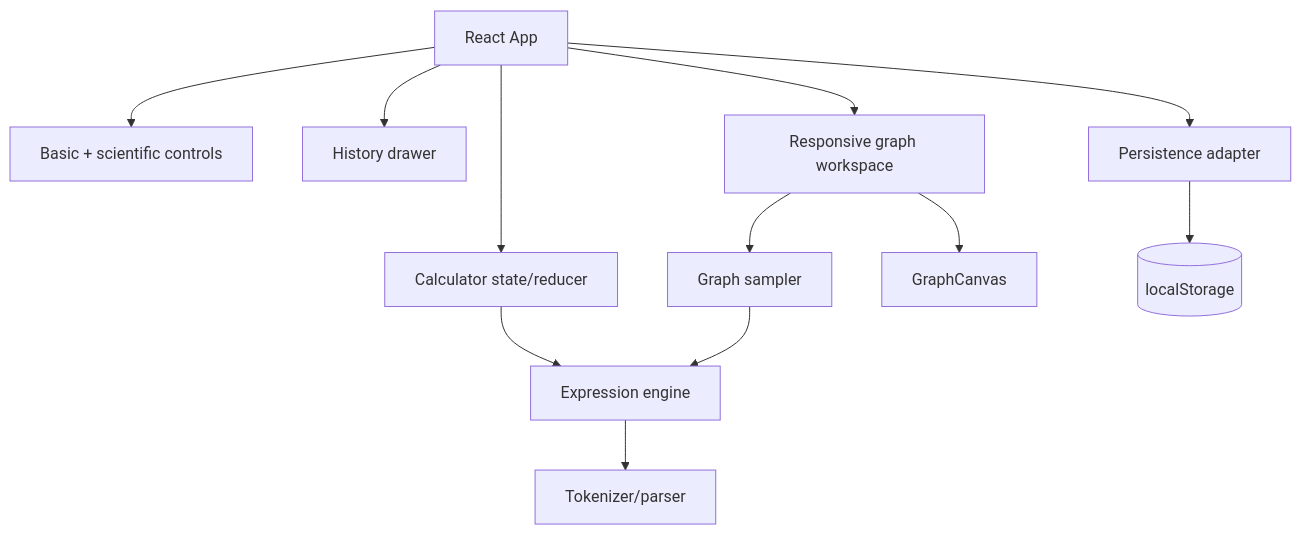
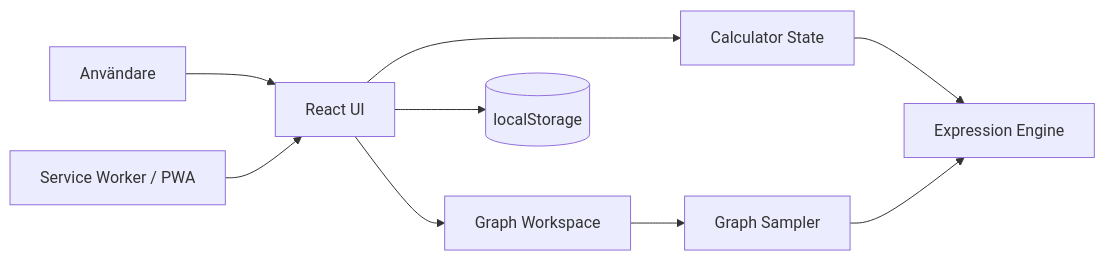
One commit to erland/pwa-calculator changed the diagram in docs/architecture.md. Above: the diagram before and after it, drawn with Mermaid. The commit also changed other lines of this file, not shown here.

Commit message:
Restore detailed architecture and record DEV-016 integration

````diff
--- a/docs/architecture.md
+++ b/docs/architecture.md
@@ -27,14 +18,11 @@
 ```mermaid
-flowchart TD
-    App[React App] --> State[Calculator state/reducer]
-    App --> Keypads[Basic + scientific controls]
-    App --> History[History drawer]
-    App --> GraphWorkspace[Responsive graph workspace]
-    State --> Engine[Expression engine]
-    Engine --> Tokenizer[Tokenizer/parser]
-    GraphWorkspace --> Sampler[Graph sampler]
+flowchart LR
+    User[Användare] --> UI[React UI]
+    UI --> State[Calculator State]
+    State --> Engine[Expression Engine]
+    UI --> Graph[Graph Workspace]
+    Graph --> Sampler[Graph Sampler]
     Sampler --> Engine
-    GraphWorkspace --> Canvas[GraphCanvas]
-    App --> Persistence[Persistence adapter]
-    Persistence --> LocalStorage[(localStorage)]
+    UI --> Storage[(localStorage)]
+    Browser[Service Worker / PWA] --> UI
 ```
````
